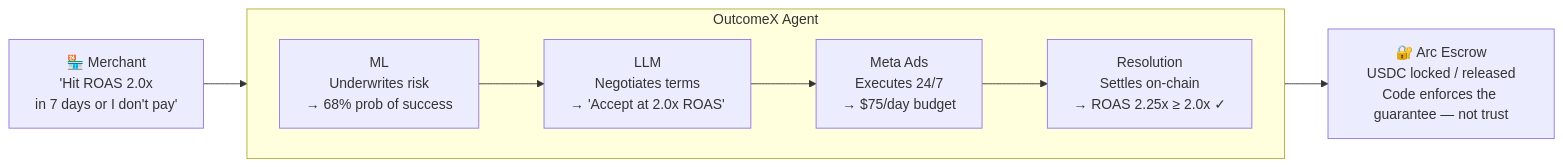
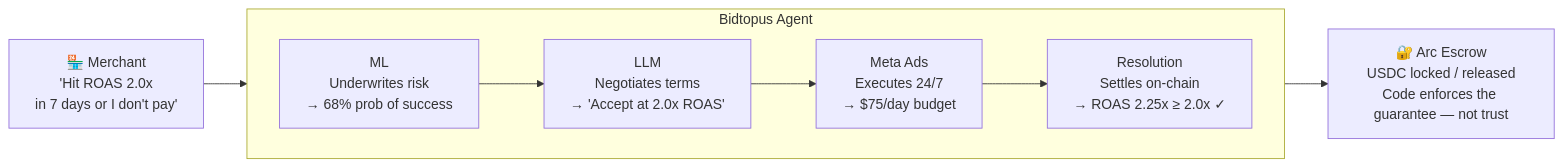
Before and after one commit to SankaiAI/Bidtopus: the first of 6 diagrams in README.md, drawn with Mermaid. The commit also changed other lines of this file and 69 other files, not shown here.

First line of the commit message:
chore: rebrand OutcomeX → Bidtopus across all components

````diff
--- a/README.md
+++ b/README.md
@@ -19,16 +19,16 @@
 ```mermaid
 flowchart LR
     M["🏪 Merchant\n'Hit ROAS 2.0x\nin 7 days or I don't pay'"]
 
-    subgraph Agent["OutcomeX Agent"]
+    subgraph Agent["Bidtopus Agent"]
         direction LR
         ML["ML\nUnderwrites risk\n→ 68% prob of success"]
         LLM1["LLM\nNegotiates terms\n→ 'Accept at 2.0x ROAS'"]
         META["Meta Ads\nExecutes 24/7\n→ $75/day budget"]
         RES["Resolution\nSettles on-chain\n→ ROAS 2.25x ≥ 2.0x ✓"]
     end
 
     ESC["🔐 Arc Escrow\nUSDC locked / released\nCode enforces the guarantee — not trust"]
 
     M --> ML --> LLM1 --> META --> RES --> ESC
 ```
````
